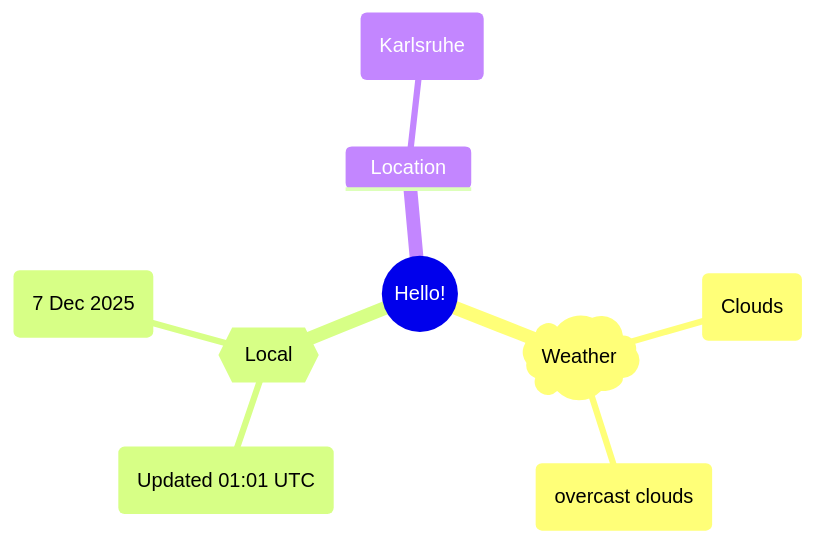
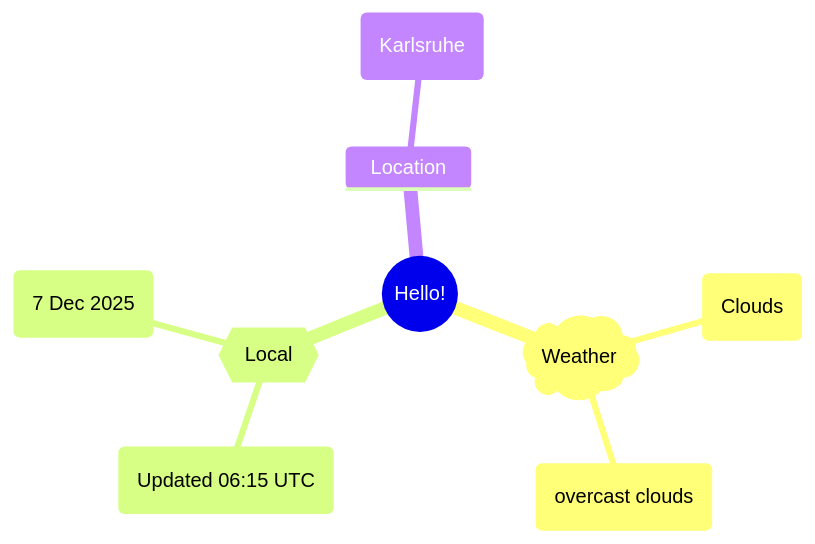
The first of 2 diagrams in README.md (Xosrov/Xosrov), drawn with Mermaid before and after one commit.

Commit message:
[bot] updated images

````diff
--- a/README.md
+++ b/README.md
@@ -3,12 +3,12 @@
 ```mermaid
 mindmap
   root((Hello!))
     )Weather(
         (Clouds)
         (overcast clouds)
     {{Local}}
-        (Updated 01:01 UTC)
+        (Updated 06:15 UTC)
         (7 Dec 2025)
     Location
         (Karlsruhe)
 ```
````
